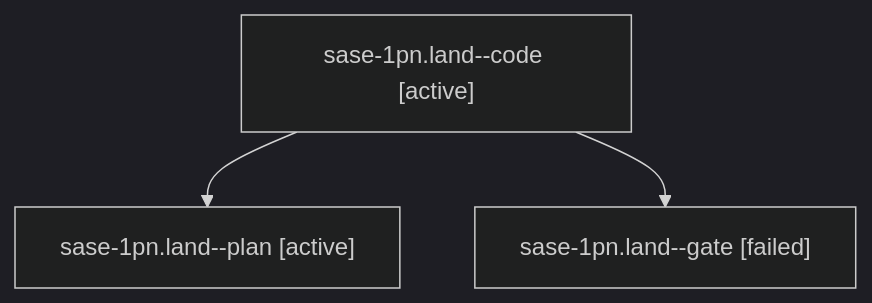
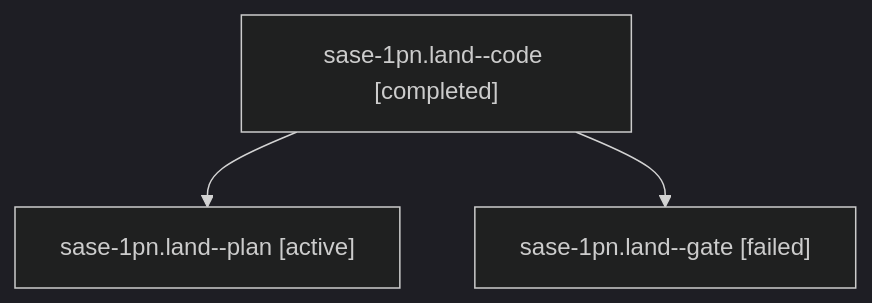
One commit to sase-org/sase--agents changed the diagram in sessions/bbugyi200.athena.sase-1pn.land.md. Above: the diagram before and after it, drawn with Mermaid (dark theme). The commit also changed other lines of this file and 12 other files, not shown here.

````diff
--- a/sessions/bbugyi200.athena.sase-1pn.land.md
+++ b/sessions/bbugyi200.athena.sase-1pn.land.md
@@ -9,8 +9,8 @@
 ```mermaid
 flowchart TD
-  n0["sase-1pn.land--code [active]"]
+  n0["sase-1pn.land--code [completed]"]
   n1["sase-1pn.land--plan [active]"]
   n0 --> n1
   n2["sase-1pn.land--gate [failed]"]
   n0 --> n2
 ```
````
